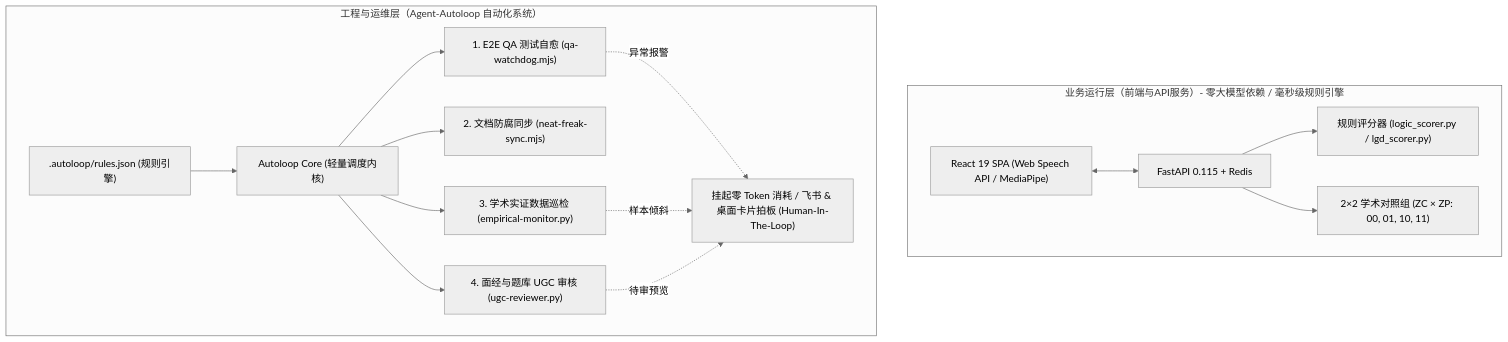
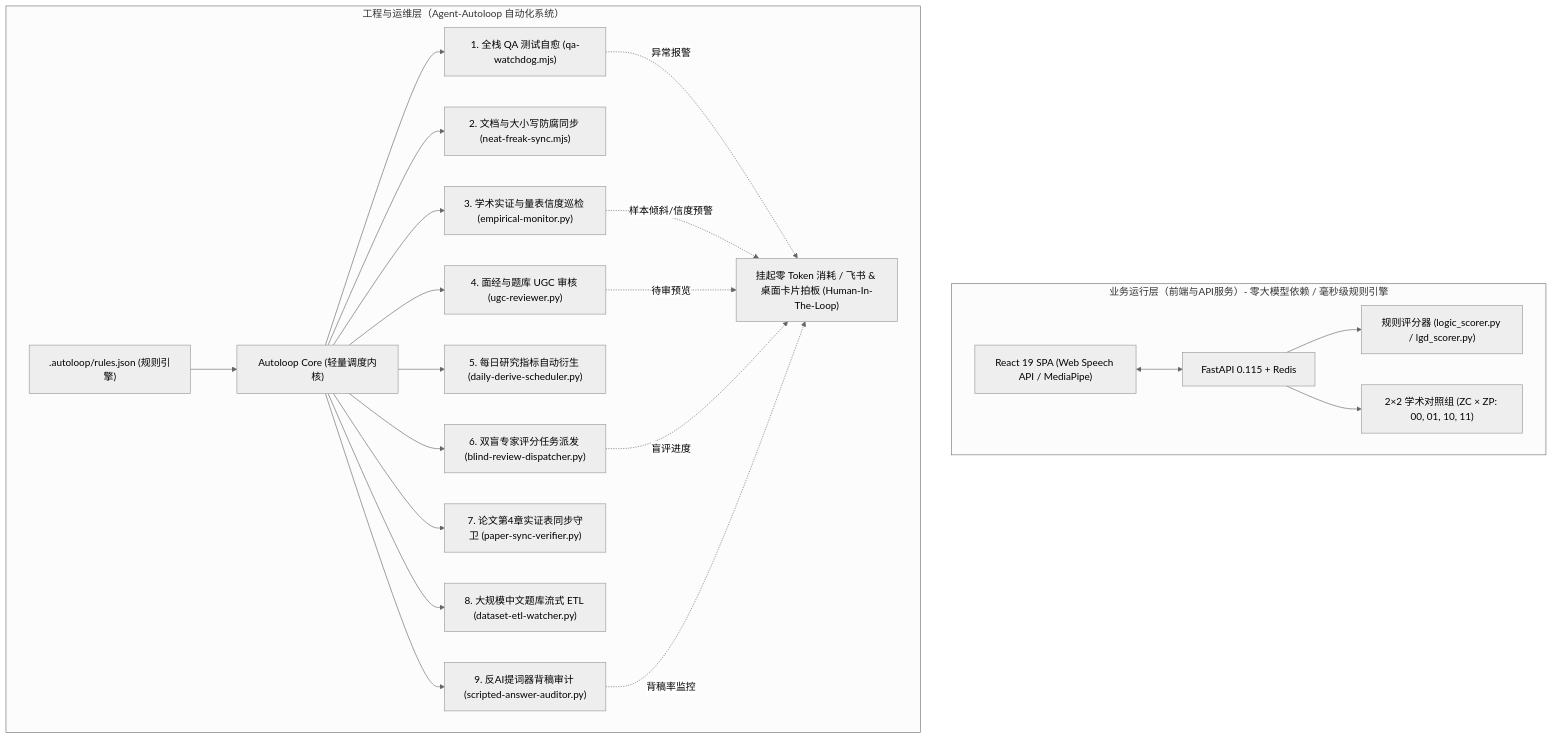
Before and after one commit to songhangze985-eng/Edgewise: the diagram in docs/AGENT_AUTOLOOP_INTEGRATION.md, drawn with Mermaid (neutral theme). The commit also changed other lines of this file and 32 other files, not shown here.

````diff
--- a/docs/AGENT_AUTOLOOP_INTEGRATION.md
+++ b/docs/AGENT_AUTOLOOP_INTEGRATION.md
@@ -11,34 +11,46 @@
 ```mermaid
 flowchart TD
     subgraph User_Runtime["业务运行层（前端与API服务）- 零大模型依赖 / 毫秒级规则引擎"]
         SPA["React 19 SPA (Web Speech API / MediaPipe)"]
         API["FastAPI 0.115 + Redis"]
         Scorers["规则评分器 (logic_scorer.py / lgd_scorer.py)"]
         Research["2×2 学术对照组 (ZC × ZP: 00, 01, 10, 11)"]
         SPA <--> API
         API --> Scorers
         API --> Research
     end
 
     subgraph Autoloop_Daemon["工程与运维层（Agent-Autoloop 自动化系统）"]
         AL_Core["Autoloop Core (轻量调度内核)"]
         AL_Rules[".autoloop/rules.json (规则引擎)"]
         
         AL_Rules --> AL_Core
         
-        Job1["1. E2E QA 测试自愈 (qa-watchdog.mjs)"]
-        Job2["2. 文档防腐同步 (neat-freak-sync.mjs)"]
-        Job3["3. 学术实证数据巡检 (empirical-monitor.py)"]
+        Job1["1. 全栈 QA 测试自愈 (qa-watchdog.mjs)"]
+        Job2["2. 文档与大小写防腐同步 (neat-freak-sync.mjs)"]
+        Job3["3. 学术实证与量表信度巡检 (empirical-monitor.py)"]
         Job4["4. 面经与题库 UGC 审核 (ugc-reviewer.py)"]
+        Job5["5. 每日研究指标自动衍生 (daily-derive-scheduler.py)"]
+        Job6["6. 双盲专家评分任务派发 (blind-review-dispatcher.py)"]
+        Job7["7. 论文第4章实证表同步守卫 (paper-sync-verifier.py)"]
+        Job8["8. 大规模中文题库流式 ETL (dataset-etl-watcher.py)"]
+        Job9["9. 反AI提词器背稿审计 (scripted-answer-auditor.py)"]
         
         AL_Core --> Job1
         AL_Core --> Job2
         AL_Core --> Job3
         AL_Core --> Job4
+        AL_Core --> Job5
+        AL_Core --> Job6
+        AL_Core --> Job7
+        AL_Core --> Job8
+        AL_Core --> Job9
         
         HITL["挂起零 Token 消耗 / 飞书 & 桌面卡片拍板 (Human-In-The-Loop)"]
         Job1 -. 异常报警 .-> HITL
-        Job3 -. 样本倾斜 .-> HITL
+        Job3 -. 样本倾斜/信度预警 .-> HITL
         Job4 -. 待审预览 .-> HITL
+        Job6 -. 盲评进度 .-> HITL
+        Job9 -. 背稿率监控 .-> HITL
     end
 ```
````
